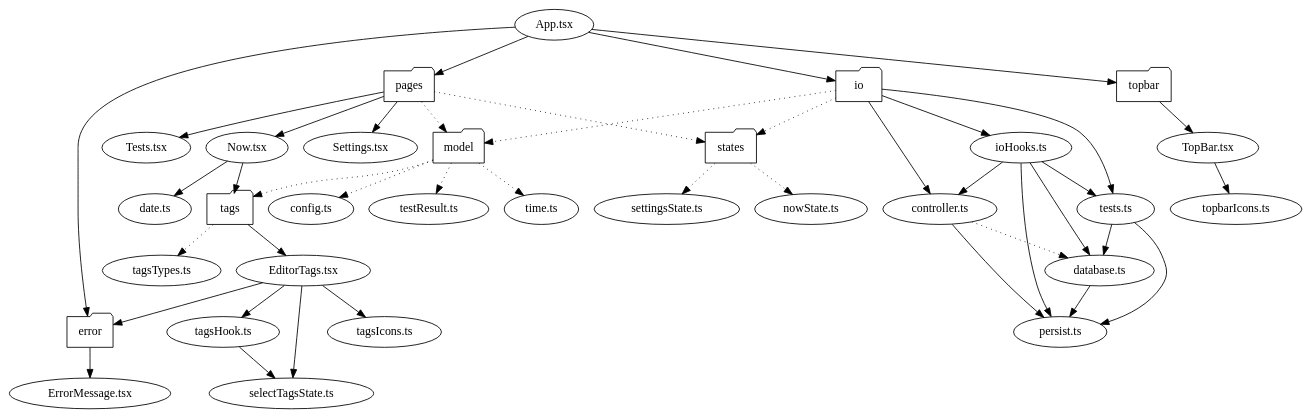
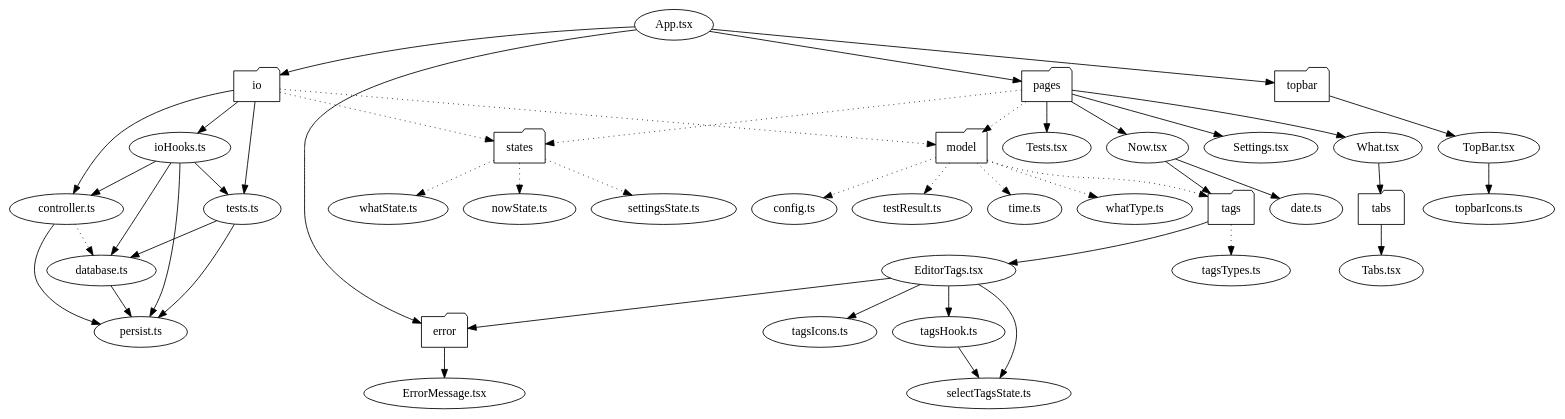
The diagram in dependencies/dependencies.dot (cwellsx/time), drawn with Graphviz before and after one commit. The commit also changed 21 other files, not shown here.

Commit message:
Skeletal What page plus Tabs component

```diff
--- a/dependencies/dependencies.dot
+++ b/dependencies/dependencies.dot
@@ -1,50 +1,57 @@
 digraph SRC {
   "App.tsx" -> {"error" "io" "pages" "topbar"};
 
   "error" [shape=folder];
   "io" [shape=folder];
   "model" [shape=folder];
   "pages" [shape=folder];
   "states" [shape=folder];
+  "tabs" [shape=folder];
   "tags" [shape=folder];
   "topbar" [shape=folder];
   
   "error" -> {"ErrorMessage.tsx"};
   "ErrorMessage.tsx" -> {};
 
   "io" -> {"controller.ts" "ioHooks.ts" "tests.ts"};
   "io" -> {"model" "states"} [style=dotted];
   "controller.ts" -> {"persist.ts"};
   "controller.ts" -> {"database.ts"} [style=dotted];
   "database.ts" -> {"persist.ts"};
   "ioHooks.ts" -> {"controller.ts" "database.ts" "persist.ts" "tests.ts"};
   "tests.ts" -> {"database.ts" "persist.ts"};
   "persist.ts" -> {}
 
-  "model" -> {"config.ts" "testResult.ts" "time.ts", "tags"} [style=dotted];
+  "model" -> {"config.ts" "testResult.ts" "time.ts", "tags", "whatType.ts"} [style=dotted];
   "config.ts" -> {};
   "testResult.ts" -> {};
   "time.ts" -> {};
+  "whatType.ts" -> {};
 
-  "pages" -> {"Now.tsx" "Settings.tsx" "Tests.tsx"};
+  "pages" -> {"Now.tsx" "Settings.tsx" "What.tsx" "Tests.tsx"};
   "pages" -> {"model" "states"} [style=dotted];
   "date.ts" -> {};
   "Now.tsx" -> {"date.ts" "tags"};
   "Settings.tsx" -> {};
+  "What.tsx" -> {"tabs"};
   "Tests.tsx" -> {};
 
-  "states" -> {"nowState.ts" "settingsState.ts"} [style=dotted];
+  "states" -> {"nowState.ts" "settingsState.ts" "whatState.ts"} [style=dotted];
   "nowState.ts" -> {};
   "settingsState.ts" -> {};
+  "whatState.ts" -> {};
+
+  "tabs" -> {"Tabs.tsx"};
+  "Tabs.tsx" -> {};
 
   "tags" -> {"EditorTags.tsx"};
   "tags" -> {"tagsTypes.ts"} [style=dotted];
   "EditorTags.tsx" -> {"error" "selectTagsState.ts" "tagsHook.ts" "tagsIcons.ts"};
   "tagsHook.ts" -> {"selectTagsState.ts"};
   "tagsIcons.ts" -> {};
   "tagsTypes.ts" -> {};
 
   "topbar" -> {"TopBar.tsx"};
   "TopBar.tsx" -> {"topbarIcons.ts"};
   "topbarIcons.ts" -> {};
 }
```
